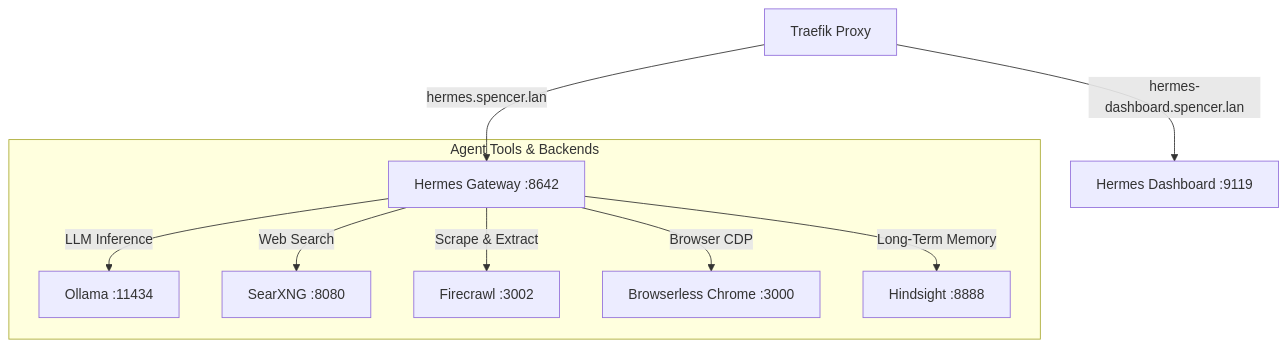
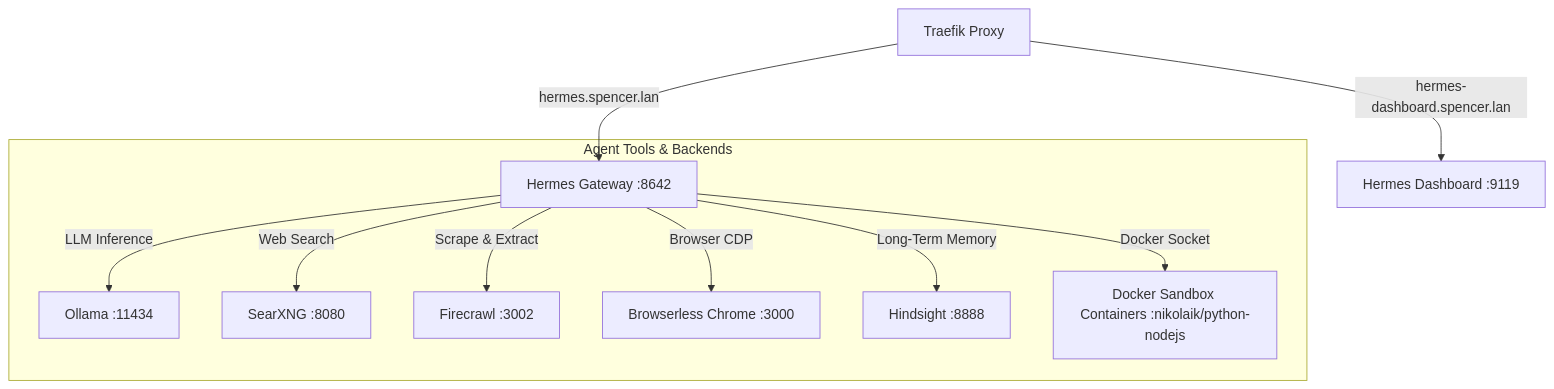
One commit to jamesbspencer/homelab changed the diagram in docs/hermes.md. Above: the diagram before and after it, drawn with Mermaid. The commit also changed other lines of this file and 7 other files, not shown here.

````diff
--- a/docs/hermes.md
+++ b/docs/hermes.md
@@ -21,13 +21,14 @@
 ```mermaid
 graph TD
     Traefik[Traefik Proxy] -->|hermes.spencer.lan| Gateway[Hermes Gateway :8642]
     Traefik -->|hermes-dashboard.spencer.lan| Dashboard[Hermes Dashboard :9119]
     
     subgraph Agent Tools & Backends
         Gateway -->|LLM Inference| Ollama[Ollama :11434]
         Gateway -->|Web Search| SearXNG[SearXNG :8080]
         Gateway -->|Scrape & Extract| Firecrawl[Firecrawl :3002]
         Gateway -->|Browser CDP| Browserless[Browserless Chrome :3000]
         Gateway -->|Long-Term Memory| Hindsight[Hindsight :8888]
+        Gateway -->|Docker Socket| Sandbox[Docker Sandbox Containers :nikolaik/python-nodejs]
     end
 ```
````
